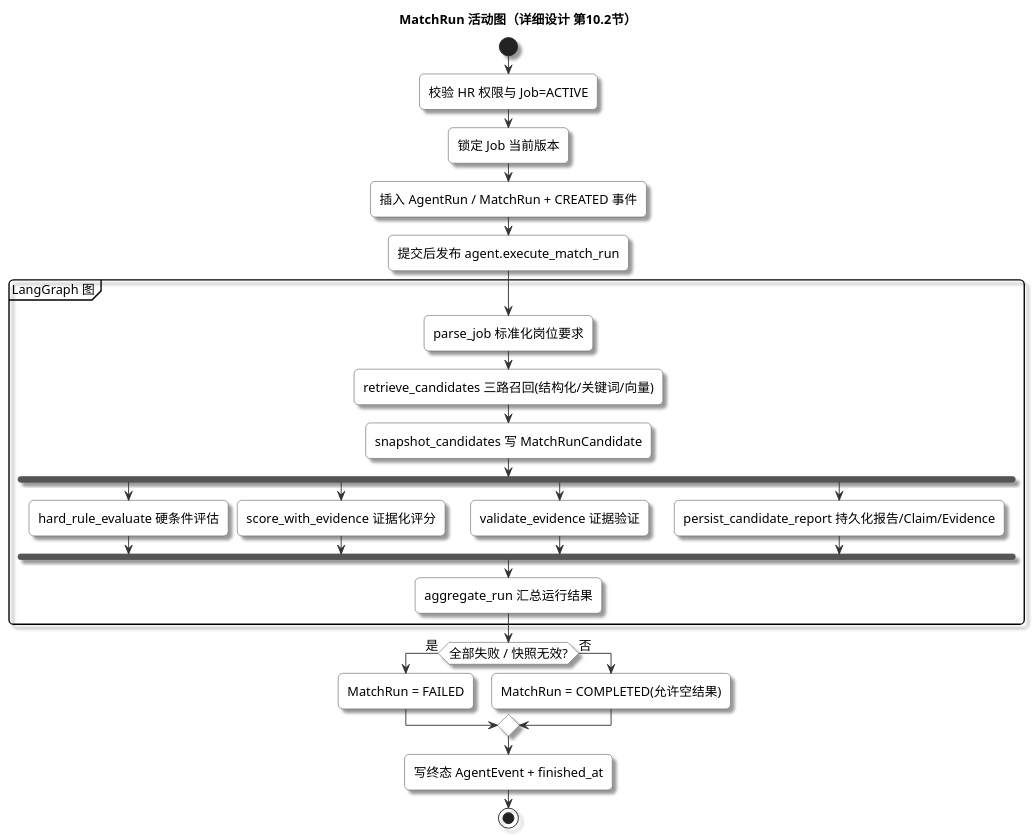
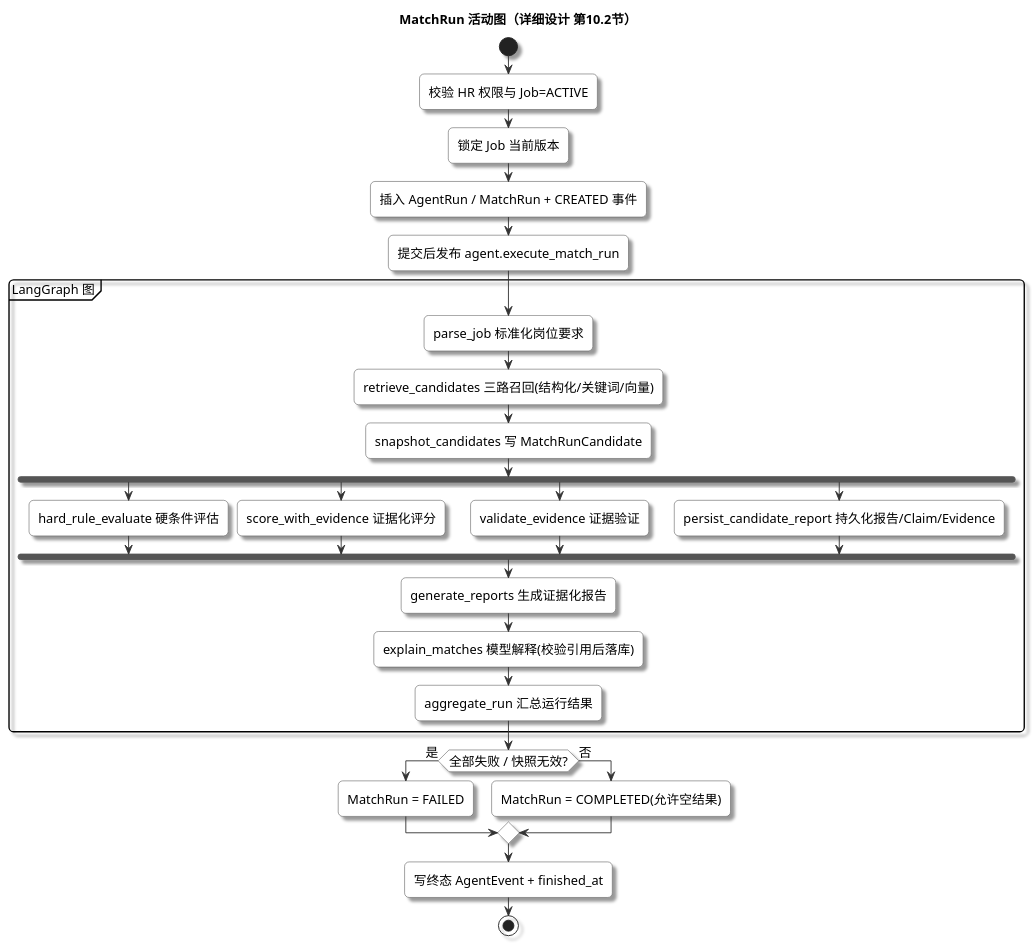
Before and after one commit to lans12138/resume-copilot: the sixth of 12 diagrams in UML规划文档.md, drawn with PlantUML. The commit also changed 35 other files, not shown here.

````diff
--- a/UML规划文档.md
+++ b/UML规划文档.md
@@ -648,43 +648,45 @@
 ```plantuml
 @startuml 活动图-MatchRun主流程
 title MatchRun 活动图（详细设计 第10.2节）
 skinparam defaultFontName 宋体
 skinparam defaultFontSize 14
 skinparam shadowing true
 skinparam roundCorner 10
 skinparam backgroundColor #FFFFFF
 skinparam activityBackgroundColor #FFFFFF
 skinparam activityBorderColor #333333
 skinparam arrowColor #333333
 
 start
 :校验 HR 权限与 Job=ACTIVE;
 :锁定 Job 当前版本;
 :插入 AgentRun / MatchRun + CREATED 事件;
 :提交后发布 agent.execute_match_run;
 
 partition "LangGraph 图" {
   :parse_job 标准化岗位要求;
   :retrieve_candidates 三路召回(结构化/关键词/向量);
   :snapshot_candidates 写 MatchRunCandidate;
   fork
     :hard_rule_evaluate 硬条件评估;
   fork again
     :score_with_evidence 证据化评分;
   fork again
     :validate_evidence 证据验证;
   fork again
     :persist_candidate_report 持久化报告/Claim/Evidence;
   end fork
+  :generate_reports 生成证据化报告;
+  :explain_matches 模型解释(校验引用后落库);
   :aggregate_run 汇总运行结果;
 }
 
 if (全部失败 / 快照无效?) then (是)
   :MatchRun = FAILED;
 else (否)
   :MatchRun = COMPLETED(允许空结果);
 endif
 :写终态 AgentEvent + finished_at;
 stop
 @enduml
 ```
````
